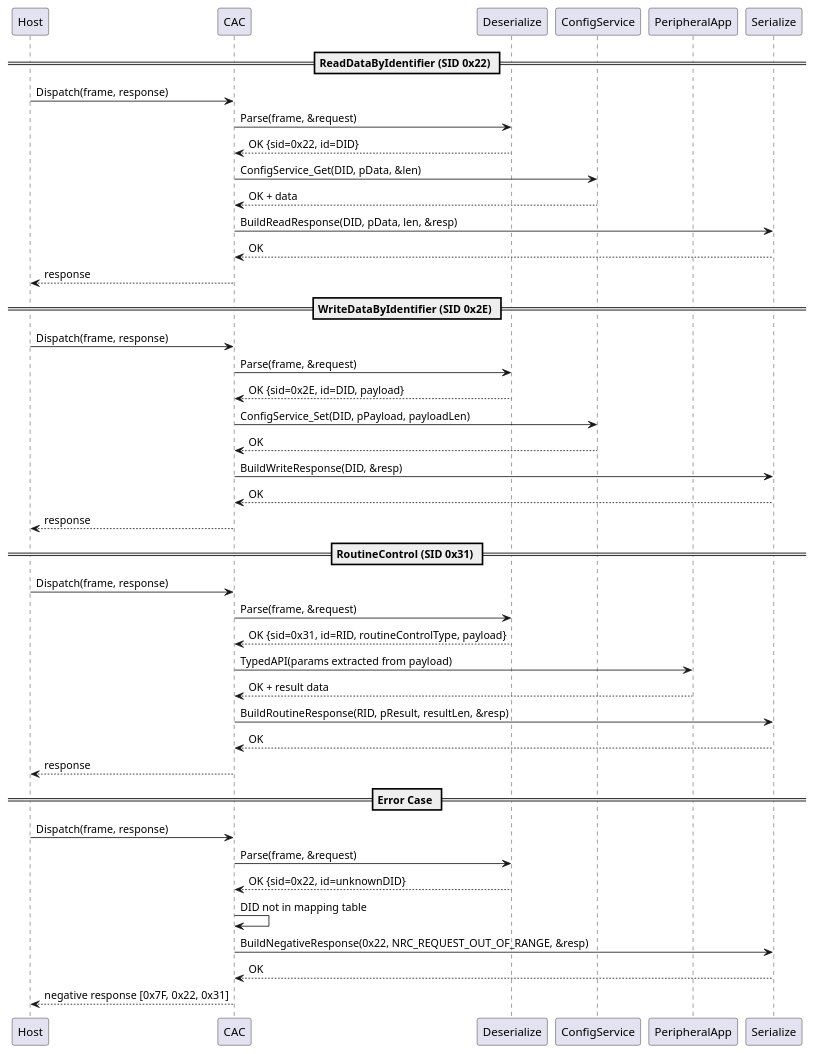
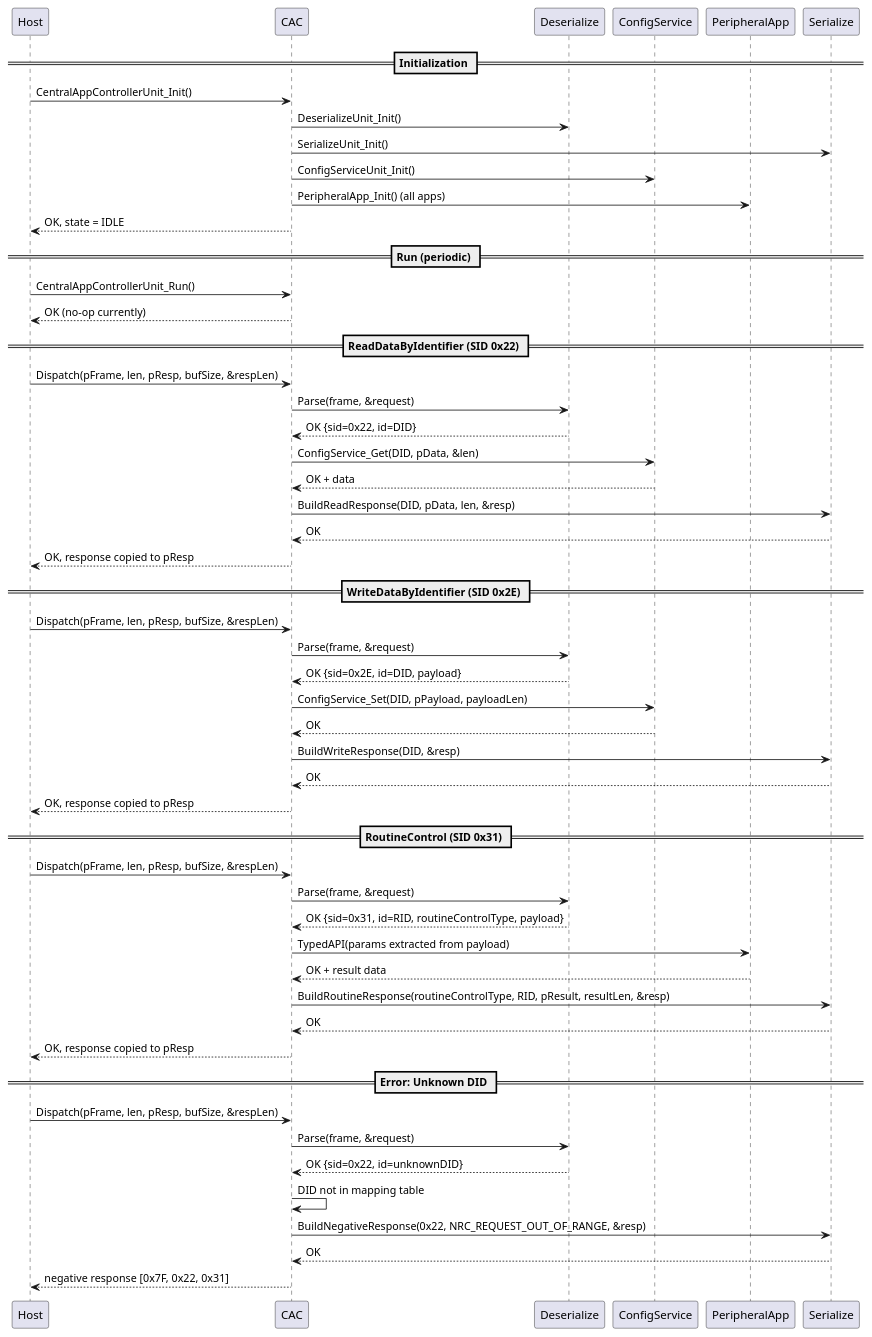
One commit to LinhTrucVo/Bico_Protocol_Bridge changed the diagram in 3_swComp/layer3Application/centralAppController/2_design/centralAppControllerSequenceDiagram.puml. Above: the diagram before and after it, drawn with PlantUML. The commit also changed 18 other files, not shown here.

```diff
--- a/3_swComp/layer3Application/centralAppController/2_design/centralAppControllerSequenceDiagram.puml
+++ b/3_swComp/layer3Application/centralAppController/2_design/centralAppControllerSequenceDiagram.puml
@@ -1,47 +1,59 @@
 @startuml centralAppControllerSequenceDiagram
 participant "Host" as host
 participant "CAC" as cac
 participant "Deserialize" as des
 participant "ConfigService" as cfg
 participant "PeripheralApp" as app
 participant "Serialize" as ser
 
+== Initialization ==
+host -> cac : CentralAppControllerUnit_Init()
+cac -> des : DeserializeUnit_Init()
+cac -> ser : SerializeUnit_Init()
+cac -> cfg : ConfigServiceUnit_Init()
+cac -> app : PeripheralApp_Init() (all apps)
+cac --> host : OK, state = IDLE
+
+== Run (periodic) ==
+host -> cac : CentralAppControllerUnit_Run()
+cac --> host : OK (no-op currently)
+
 == ReadDataByIdentifier (SID 0x22) ==
-host -> cac : Dispatch(frame, response)
+host -> cac : Dispatch(pFrame, len, pResp, bufSize, &respLen)
 cac -> des : Parse(frame, &request)
 des --> cac : OK {sid=0x22, id=DID}
 cac -> cfg : ConfigService_Get(DID, pData, &len)
 cfg --> cac : OK + data
 cac -> ser : BuildReadResponse(DID, pData, len, &resp)
 ser --> cac : OK
-cac --> host : response
+cac --> host : OK, response copied to pResp
 
 == WriteDataByIdentifier (SID 0x2E) ==
-host -> cac : Dispatch(frame, response)
+host -> cac : Dispatch(pFrame, len, pResp, bufSize, &respLen)
 cac -> des : Parse(frame, &request)
 des --> cac : OK {sid=0x2E, id=DID, payload}
 cac -> cfg : ConfigService_Set(DID, pPayload, payloadLen)
 cfg --> cac : OK
 cac -> ser : BuildWriteResponse(DID, &resp)
 ser --> cac : OK
-cac --> host : response
+cac --> host : OK, response copied to pResp
 
 == RoutineControl (SID 0x31) ==
-host -> cac : Dispatch(frame, response)
+host -> cac : Dispatch(pFrame, len, pResp, bufSize, &respLen)
 cac -> des : Parse(frame, &request)
 des --> cac : OK {sid=0x31, id=RID, routineControlType, payload}
 cac -> app : TypedAPI(params extracted from payload)
 app --> cac : OK + result data
-cac -> ser : BuildRoutineResponse(RID, pResult, resultLen, &resp)
+cac -> ser : BuildRoutineResponse(routineControlType, RID, pResult, resultLen, &resp)
 ser --> cac : OK
-cac --> host : response
+cac --> host : OK, response copied to pResp
 
-== Error Case ==
-host -> cac : Dispatch(frame, response)
+== Error: Unknown DID ==
+host -> cac : Dispatch(pFrame, len, pResp, bufSize, &respLen)
 cac -> des : Parse(frame, &request)
 des --> cac : OK {sid=0x22, id=unknownDID}
 cac -> cac : DID not in mapping table
 cac -> ser : BuildNegativeResponse(0x22, NRC_REQUEST_OUT_OF_RANGE, &resp)
 ser --> cac : OK
 cac --> host : negative response [0x7F, 0x22, 0x31]
 @enduml
```
